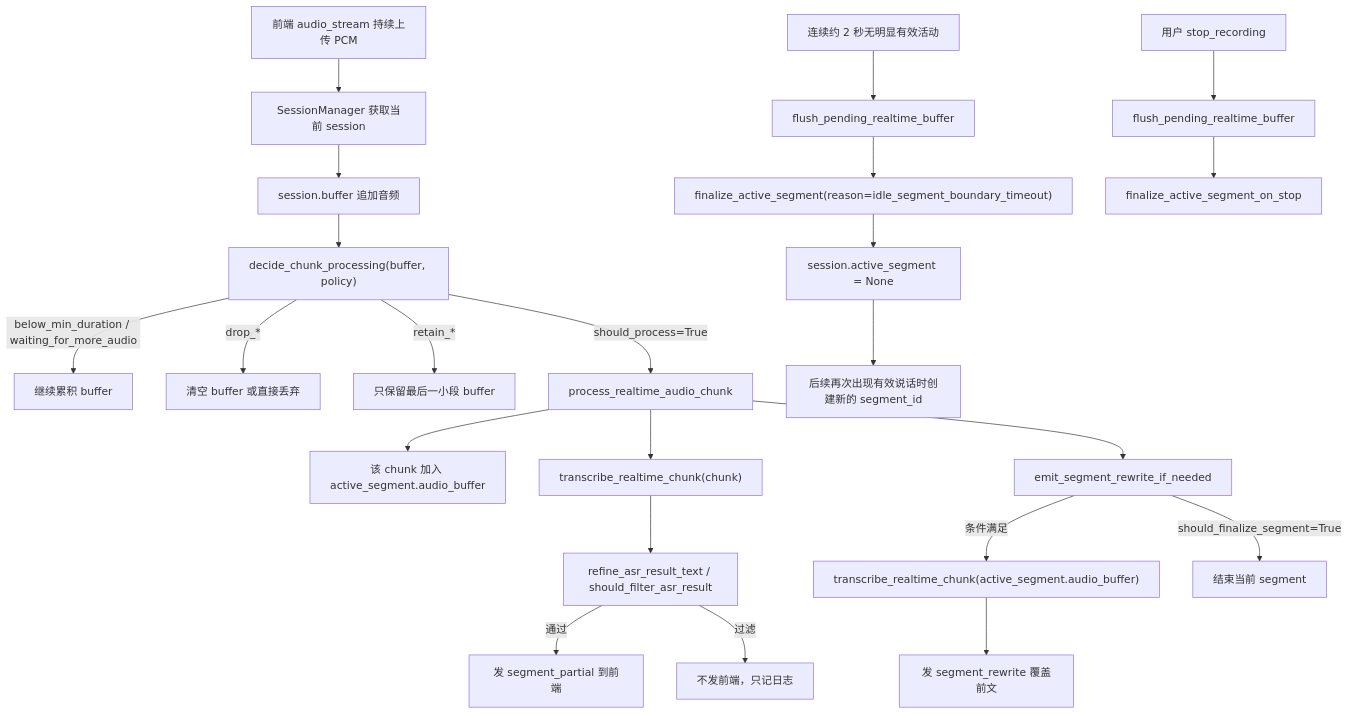
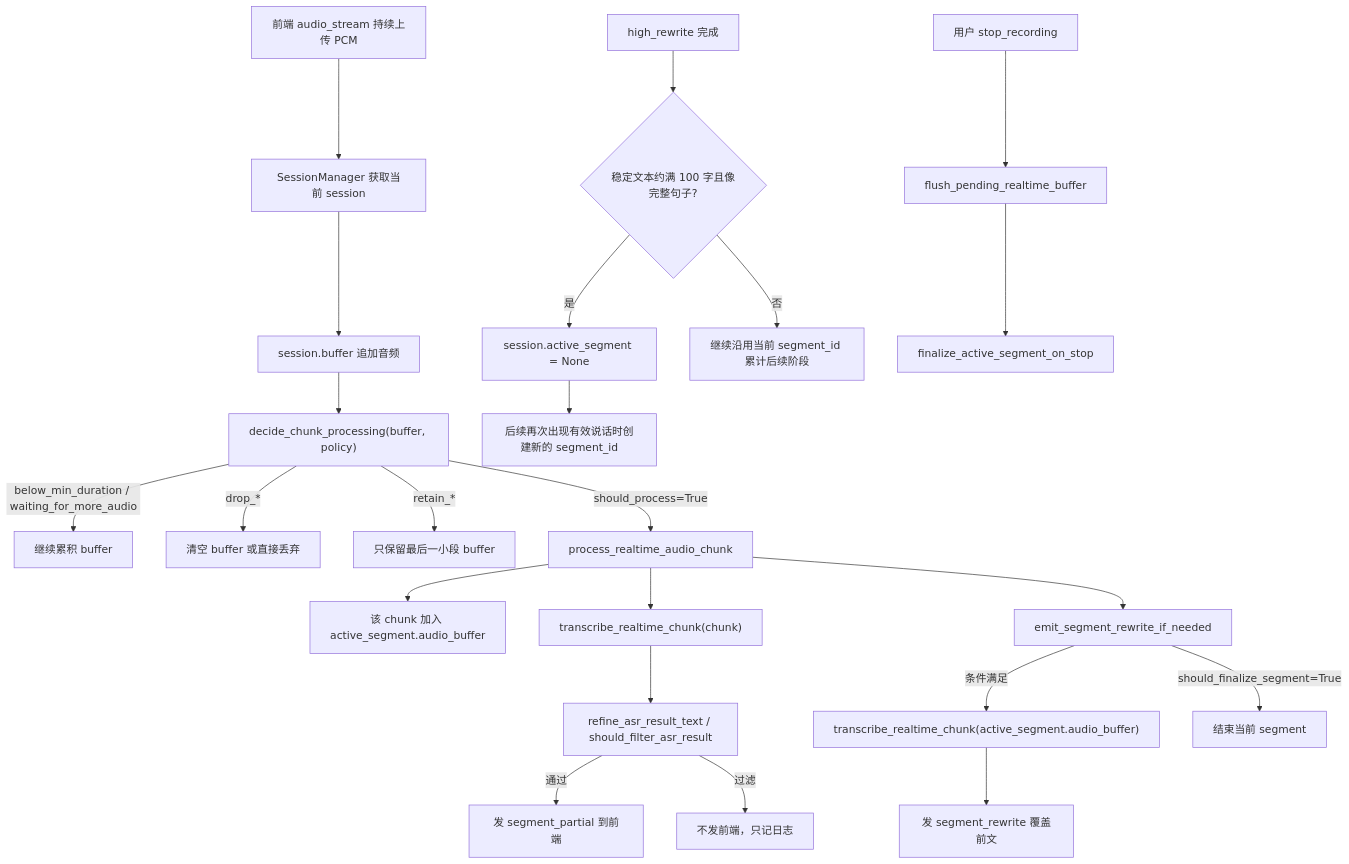
Before and after one commit to iicanfly/asr_project: the first of 2 diagrams in docs/PM/REALTIME_ASR_CURRENT_IMPLEMENTATION.md, drawn with Mermaid. The commit also changed 8 other files, not shown here.

Commit message:
segment after high rewrite text boundaries

````diff
--- a/docs/PM/REALTIME_ASR_CURRENT_IMPLEMENTATION.md
+++ b/docs/PM/REALTIME_ASR_CURRENT_IMPLEMENTATION.md
@@ -40,30 +40,30 @@
 ```mermaid
 flowchart TD
     A["前端 audio_stream 持续上传 PCM"] --> B["SessionManager 获取当前 session"]
     B --> C["session.buffer 追加音频"]
     C --> D["decide_chunk_processing(buffer, policy)"]
 
     D -->|below_min_duration / waiting_for_more_audio| E["继续累积 buffer"]
     D -->|drop_*| F["清空 buffer 或直接丢弃"]
     D -->|retain_*| G["只保留最后一小段 buffer"]
     D -->|should_process=True| H["process_realtime_audio_chunk"]
 
     H --> I["该 chunk 加入 active_segment.audio_buffer"]
     H --> J["transcribe_realtime_chunk(chunk)"]
     J --> K["refine_asr_result_text / should_filter_asr_result"]
     K -->|通过| L["发 segment_partial 到前端"]
     K -->|过滤| M["不发前端，只记日志"]
 
     H --> N["emit_segment_rewrite_if_needed"]
     N -->|条件满足| O["transcribe_realtime_chunk(active_segment.audio_buffer)"]
     O --> P["发 segment_rewrite 覆盖前文"]
     N -->|should_finalize_segment=True| Q["结束当前 segment"]
 
-    U["连续约 2 秒无明显有效活动"] --> V["flush_pending_realtime_buffer"]
-    V --> W["finalize_active_segment(reason=idle_segment_boundary_timeout)"]
-    W --> X["session.active_segment = None"]
-    X --> Y["后续再次出现有效说话时创建新的 segment_id"]
+    U["high_rewrite 完成"] --> V{"稳定文本约满 100 字且像完整句子?"}
+    V -->|是| W["session.active_segment = None"]
+    W --> X["后续再次出现有效说话时创建新的 segment_id"]
+    V -->|否| Y["继续沿用当前 segment_id 累计后续阶段"]
 
     R["用户 stop_recording"] --> S["flush_pending_realtime_buffer"]
     S --> T["finalize_active_segment_on_stop"]
 ```
````
